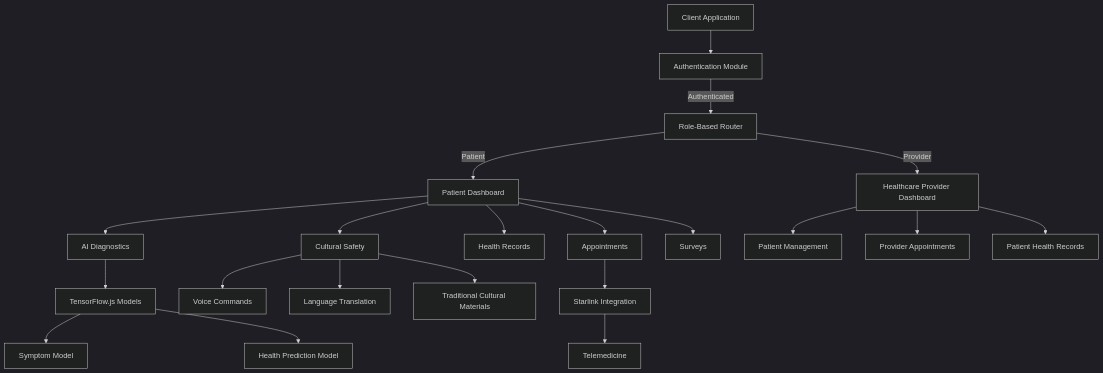
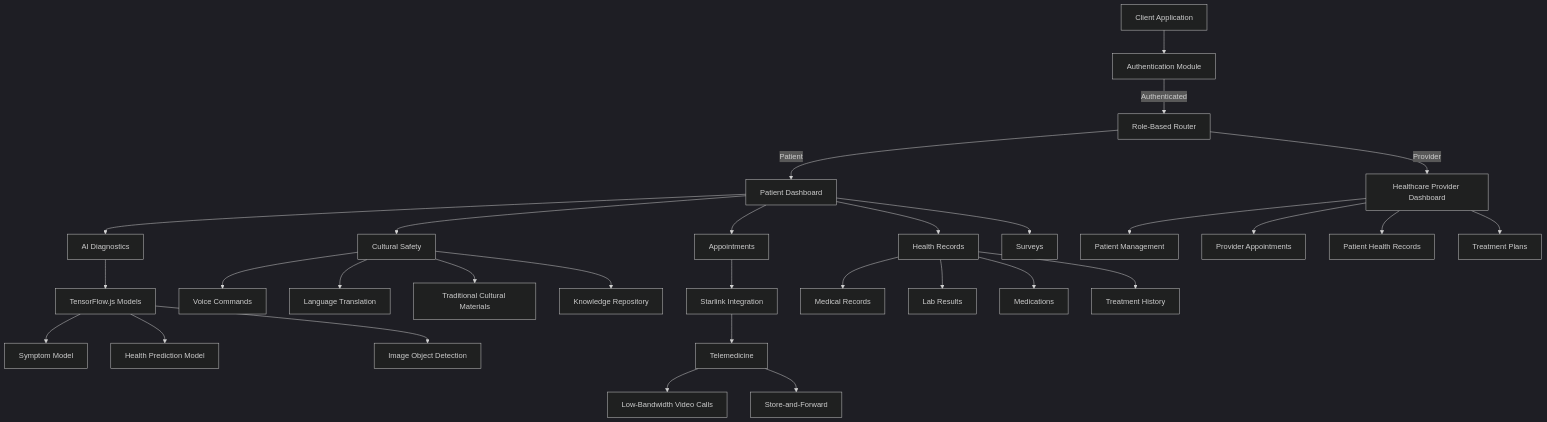
The first of 3 diagrams in docs/architecture.md (jaffarkeikei/kwecare-bridge-health), drawn with Mermaid (dark theme) before and after one commit. The commit also changed other lines of this file and 3 other files, not shown here.

````diff
--- a/docs/architecture.md
+++ b/docs/architecture.md
@@ -5,28 +5,38 @@
 ```mermaid
 graph TD
     Client[Client Application] --> Auth[Authentication Module]
     Auth -->|Authenticated| RoleRouter[Role-Based Router]
     RoleRouter -->|Patient| PD[Patient Dashboard]
     RoleRouter -->|Provider| HPD[Healthcare Provider Dashboard]
     
     PD --> AIDI[AI Diagnostics]
     PD --> APPT[Appointments]
     PD --> HR[Health Records]
     PD --> CS[Cultural Safety]
     PD --> SV[Surveys]
     
     HPD --> PM[Patient Management]
     HPD --> HAPPT[Provider Appointments]
     HPD --> PHR[Patient Health Records]
+    HPD --> TPLAN[Treatment Plans]
     
     AIDI --> TFL[TensorFlow.js Models]
     TFL --> SM[Symptom Model]
     TFL --> HPM[Health Prediction Model]
+    TFL --> IO[Image Object Detection]
     
     CS --> VC[Voice Commands]
     CS --> LT[Language Translation]
     CS --> TCM[Traditional Cultural Materials]
+    CS --> KR[Knowledge Repository]
     
     APPT --> SL[Starlink Integration]
     SL --> TMD[Telemedicine]
+    TMD --> LBVC[Low-Bandwidth Video Calls]
+    TMD --> SAF[Store-and-Forward]
+    
+    HR --> MR[Medical Records]
+    HR --> LAB[Lab Results]
+    HR --> MED[Medications]
+    HR --> TH[Treatment History]
 ```
````
